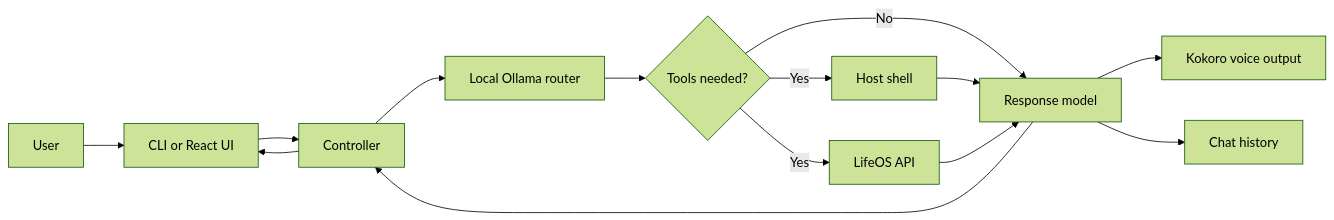
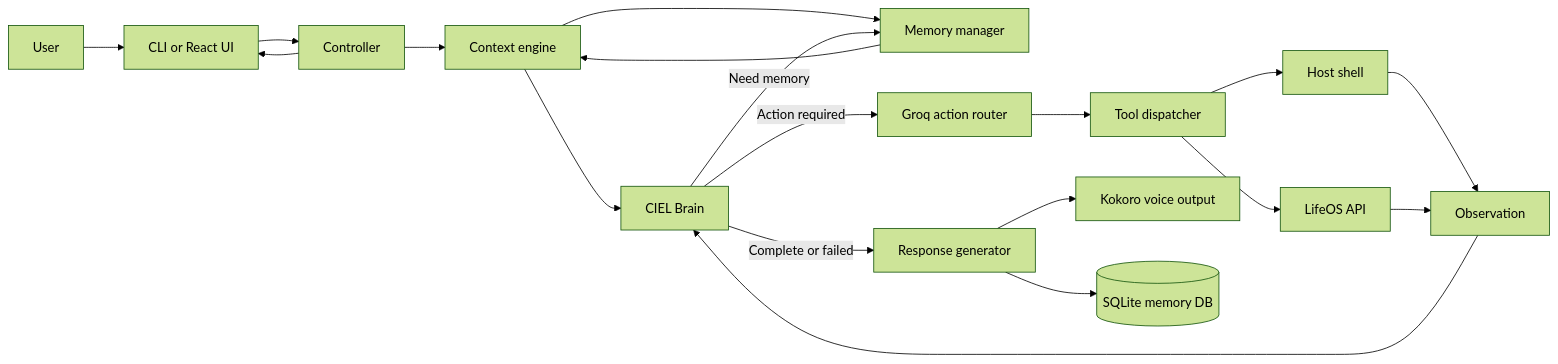
The diagram in README.md (Ali-Raza-H/AI_Assistant), drawn with Mermaid (forest theme) before and after one commit. The commit also changed other lines of this file and 119 other files, not shown here.

````diff
--- a/README.md
+++ b/README.md
@@ -22,16 +25,21 @@
 ```mermaid
 flowchart LR
     U[User] --> I[CLI or React UI]
     I --> C[Controller]
-    C --> R[Local Ollama router]
-    R --> T{Tools needed?}
-    T -->|Yes| B[Host shell]
-    T -->|Yes| L[LifeOS API]
-    T -->|No| F[Response model]
-    B --> F
-    L --> F
+    C --> X[Context engine]
+    X --> M[Memory manager]
+    M --> X
+    X --> BRAIN[CIEL Brain]
+    BRAIN -->|Action required| R[Groq action router]
+    R --> T[Tool dispatcher]
+    T --> SH[Host shell]
+    T --> L[LifeOS API]
+    SH --> O[Observation]
+    L --> O
+    O --> BRAIN
+    BRAIN -->|Need memory| M
+    BRAIN -->|Complete or failed| F[Response generator]
     F --> V[Kokoro voice output]
-    F --> H[Chat history]
-    F --> C
+    F --> H[(SQLite memory DB)]
     C --> I
 ```
````
